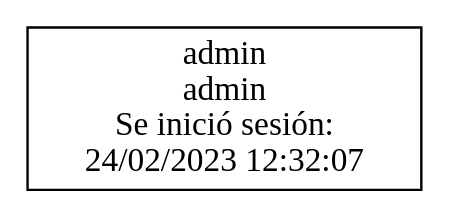
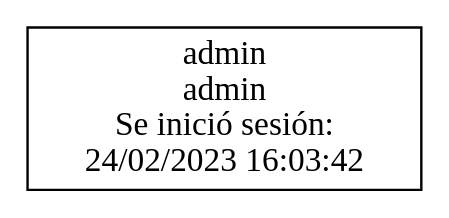
Before and after one commit to Barahona1602/Sistema-de-Archivos: the diagram in EDD_Proyecto1_Fase1/Inicios de sesión/estudiantes.dot, drawn with Graphviz. The commit also changed 10 other files, not shown here.

```diff
--- a/EDD_Proyecto1_Fase1/Inicios de sesión/estudiantes.dot
+++ b/EDD_Proyecto1_Fase1/Inicios de sesión/estudiantes.dot
@@ -1,12 +1,12 @@
 digraph {
 node [shape=box]
 {rank=same "admin
 admin 
 Se inició sesión:
-24/02/2023 12:32:07"}
+24/02/2023 16:03:42"}
 edge [dir=none]
 {rank=same "admin
 admin 
 Se inició sesión:
-24/02/2023 12:32:07"}
+24/02/2023 16:03:42"}
 }
```
